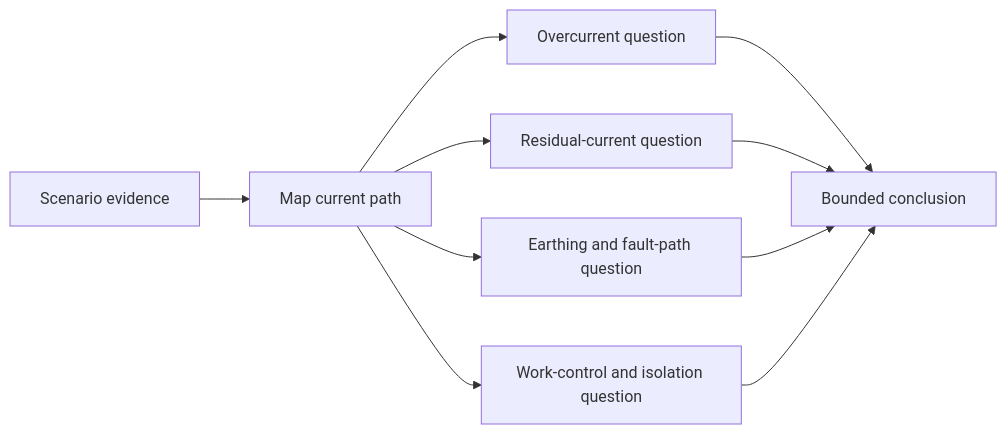
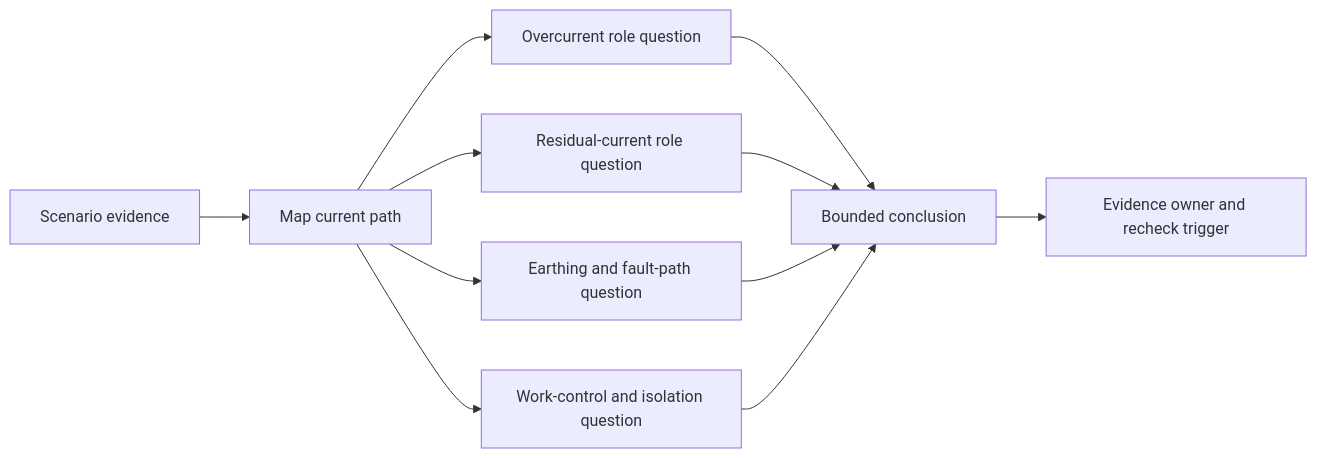
The second of 2 diagrams in docs/learning-plans/12-week/modules/day-12-rest-retrieval-and-misconception-repair.md (andrew3stedall/capstone), drawn with Mermaid before and after one commit. The commit also changed other lines of this file, not shown here.

````diff
--- a/docs/learning-plans/12-week/modules/day-12-rest-retrieval-and-misconception-repair.md
+++ b/docs/learning-plans/12-week/modules/day-12-rest-retrieval-and-misconception-repair.md
@@ -167,12 +186,13 @@
 ```mermaid
 flowchart LR
     S["Scenario evidence"] --> P["Map current path"]
-    P --> O["Overcurrent question"]
-    P --> R["Residual-current question"]
+    P --> O["Overcurrent role question"]
+    P --> R["Residual-current role question"]
     P --> E["Earthing and fault-path question"]
     P --> W["Work-control and isolation question"]
     O --> B["Bounded conclusion"]
     R --> B
     E --> B
     W --> B
+    B --> X["Evidence owner and recheck trigger"]
 ```
````
